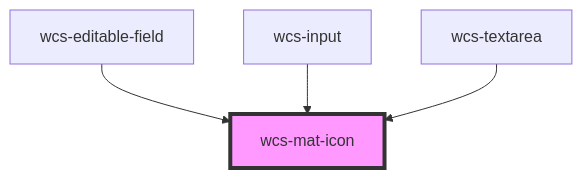
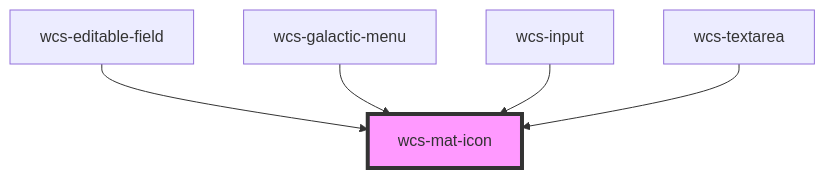
Before and after one commit to SNCFdevelopers/wcs: the diagram in src/components/mat-icon/readme.md, drawn with Mermaid. The commit also changed other lines of this file and 13 other files, not shown here.

````diff
--- a/src/components/mat-icon/readme.md
+++ b/src/components/mat-icon/readme.md
@@ -49,7 +50,8 @@
 ```mermaid
 graph TD;
   wcs-editable-field --> wcs-mat-icon
+  wcs-galactic-menu --> wcs-mat-icon
   wcs-input --> wcs-mat-icon
   wcs-textarea --> wcs-mat-icon
   style wcs-mat-icon fill:#f9f,stroke:#333,stroke-width:4px
 ```
````
